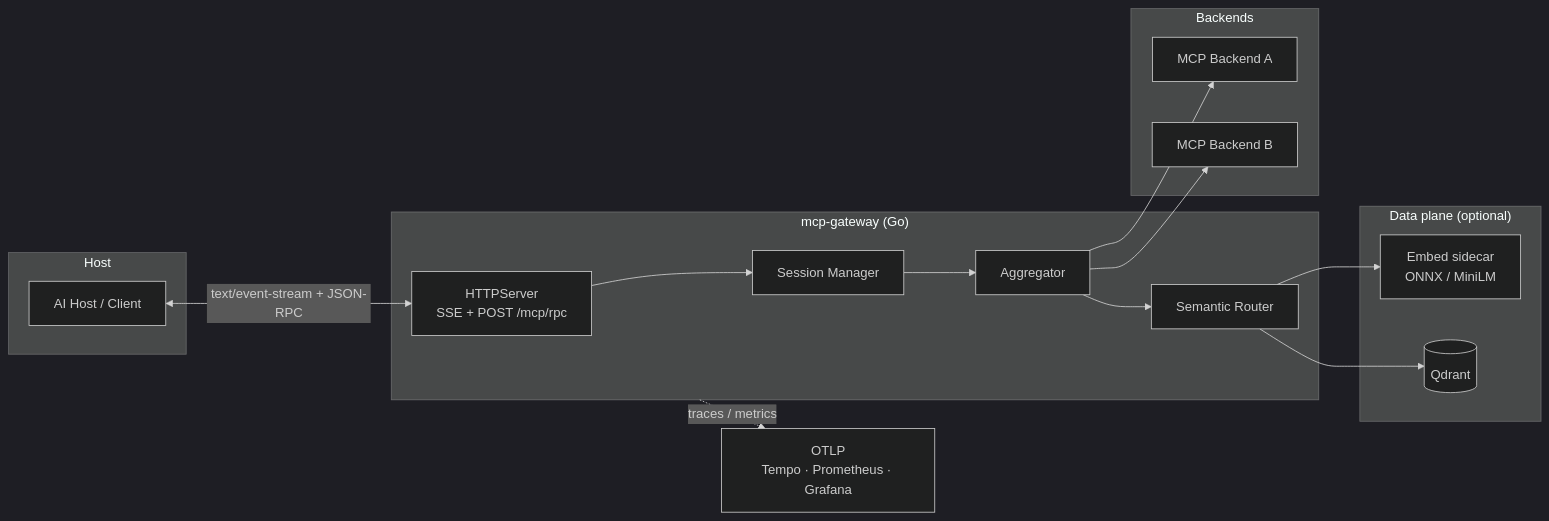
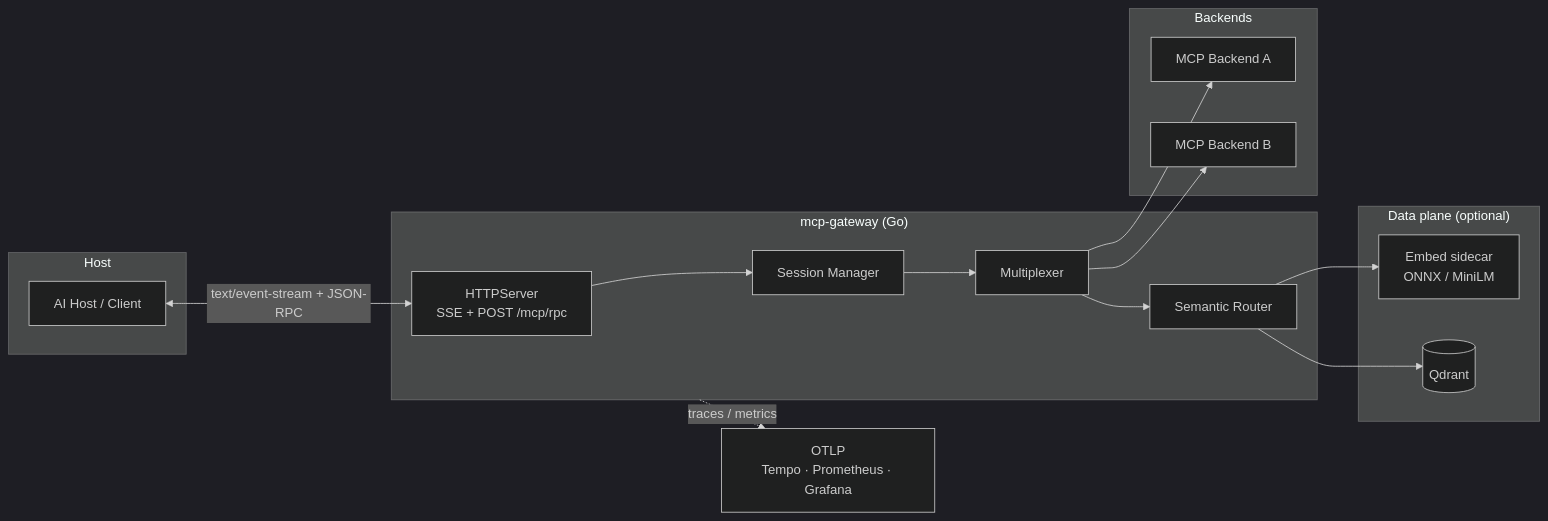
The diagram in README.md (KarmaXP/mcp-gateway), drawn with Mermaid (dark theme) before and after one commit. The commit also changed other lines of this file and 3 other files, not shown here.

````diff
--- a/README.md
+++ b/README.md
@@ -7,29 +7,29 @@
 ```mermaid
 flowchart LR
   subgraph Host
     H[AI Host / Client]
   end
   subgraph Gateway["mcp-gateway (Go)"]
     HTTP[HTTPServer\nSSE + POST /mcp/rpc]
     Sess[Session Manager]
-    Agg[Aggregator]
+    Mpx[Multiplexer]
     R[Semantic Router]
-    HTTP --> Sess --> Agg
-    Agg --> R
+    HTTP --> Sess --> Mpx
+    Mpx --> R
   end
   subgraph Backends
     B1[MCP Backend A]
     B2[MCP Backend B]
   end
   subgraph DataPlane["Data plane (optional)"]
     E[Embed sidecar\nONNX / MiniLM]
     Q[(Qdrant)]
   end
   OTel[OTLP\nTempo · Prometheus · Grafana]
   H <-- text/event-stream + JSON-RPC --> HTTP
-  Agg --> B1
-  Agg --> B2
+  Mpx --> B1
+  Mpx --> B2
   R --> E
   R --> Q
   Gateway -. traces / metrics .-> OTel
 ```
````
